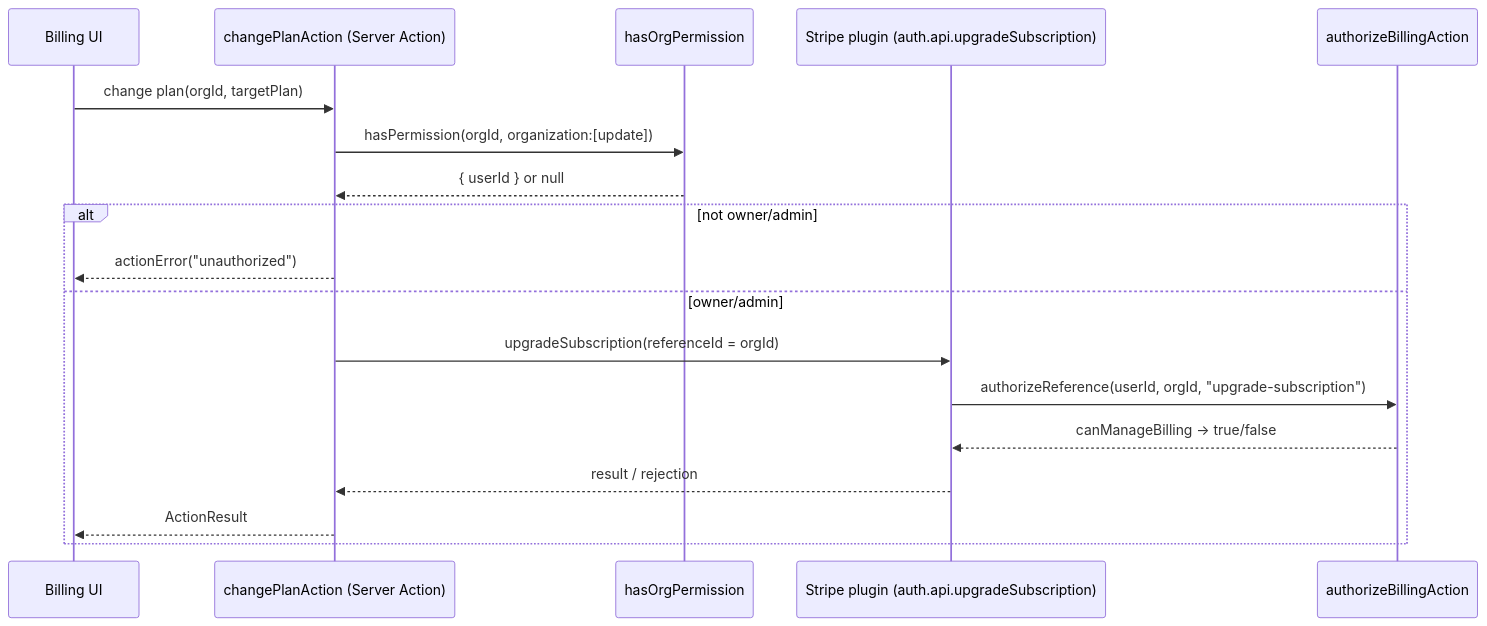
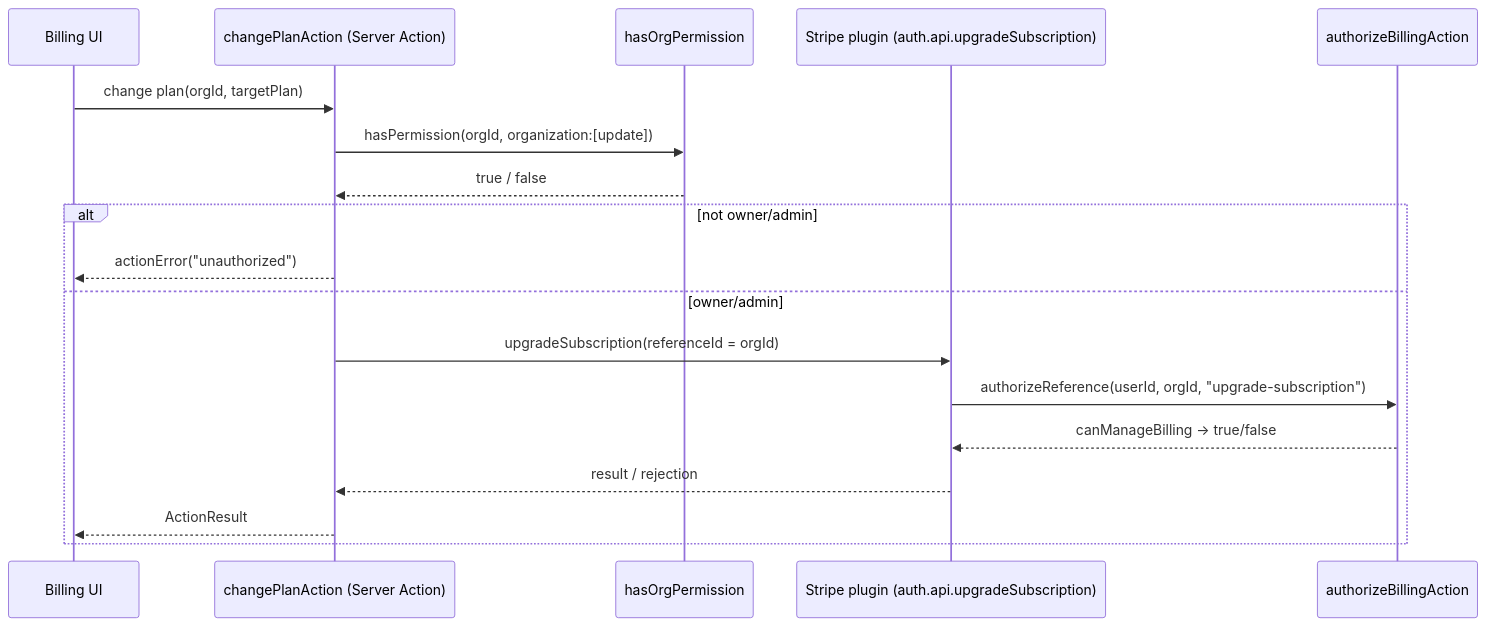
The second of 2 diagrams in apps/docs/content/docs/payment/billing-authorization.mdx (saasprokit-com/saasprokit), drawn with Mermaid before and after one commit. The commit also changed other lines of this file and 4 other files, not shown here.

````diff
--- a/apps/docs/content/docs/payment/billing-authorization.mdx
+++ b/apps/docs/content/docs/payment/billing-authorization.mdx
@@ -116,21 +116,21 @@
 ```mermaid
 sequenceDiagram
     participant C as Billing UI
     participant SA as changePlanAction (Server Action)
     participant CP as hasOrgPermission
     participant P as Stripe plugin (auth.api.upgradeSubscription)
     participant AZ as authorizeBillingAction
 
     C->>SA: change plan(orgId, targetPlan)
     SA->>CP: hasPermission(orgId, organization:[update])
-    CP-->>SA: { userId } or null
+    CP-->>SA: true / false
     alt not owner/admin
         SA-->>C: actionError("unauthorized")
     else owner/admin
         SA->>P: upgradeSubscription(referenceId = orgId)
         P->>AZ: authorizeReference(userId, orgId, "upgrade-subscription")
         AZ-->>P: canManageBilling -> true/false
         P-->>SA: result / rejection
         SA-->>C: ActionResult
     end
 ```
````
